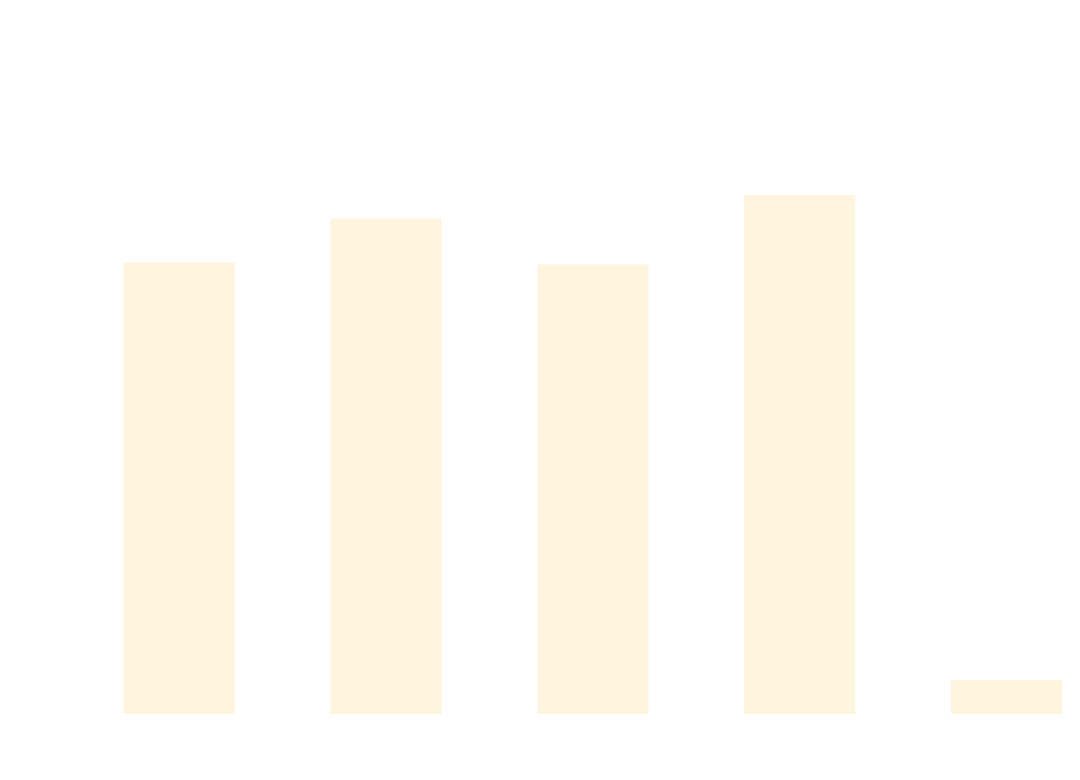
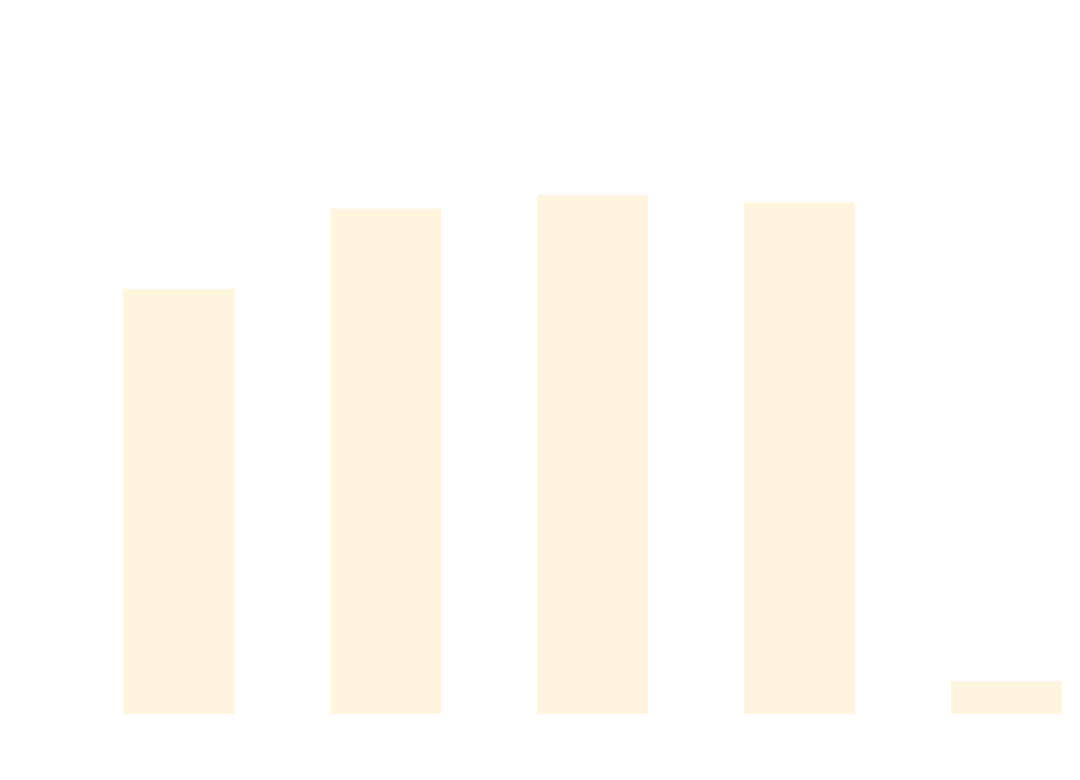
The diagram in docs/docs/benchmarks/DataDrivenTests.md (thomhurst/TUnit), drawn with Mermaid before and after one commit. The commit also changed other lines of this file and 17 other files, not shown here.

````diff
--- a/docs/docs/benchmarks/DataDrivenTests.md
+++ b/docs/docs/benchmarks/DataDrivenTests.md
@@ -27,37 +27,37 @@
 ```mermaid
 %%{init: {
   'theme':'base',
   'themeVariables': {
     'primaryColor': '#2563eb',
     'primaryTextColor': '#ffffff',
     'primaryBorderColor': '#1e40af',
     'lineColor': '#6b7280',
     'secondaryColor': '#7c3aed',
     'tertiaryColor': '#dc2626',
     'background': '#ffffff',
     'mainBkg': '#2563eb',
     'secondBkg': '#7c3aed',
     'tertiaryBkg': '#dc2626',
     'clusterBkg': '#f3f4f6',
     'edgeLabelBackground': '#ffffff',
     'tertiaryTextColor': '#1f2937',
     'pie1': '#2563eb',
     'pie2': '#7c3aed',
     'pie3': '#dc2626',
     'pie4': '#f59e0b',
     'pie5': '#10b981',
     'pie6': '#06b6d4',
     'pie7': '#ec4899',
     'pie8': '#6366f1',
     'pie9': '#84cc16',
     'pie10': '#f97316',
     'pie11': '#14b8a6',
     'pie12': '#a855f7'
   }
 }}%%
 xychart-beta
   title "DataDrivenTests Performance Comparison"
   x-axis ["TUnit", "NUnit", "MSTest", "xUnit3", "TUnit_AOT"]
-  y-axis "Time (ms)" 0 --> 703
-  bar [507.63, 558.45, 505.5, 585.83, 24.6]
+  y-axis "Time (ms)" 0 --> 740
+  bar [502.14, 600.01, 616.34, 607.56, 24.48]
 ```
````
